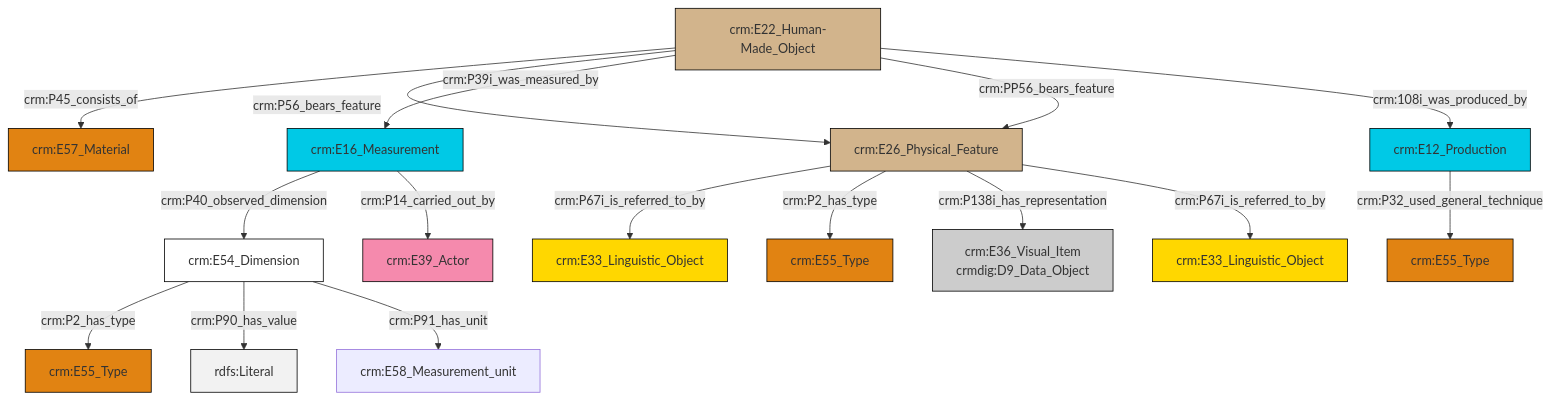
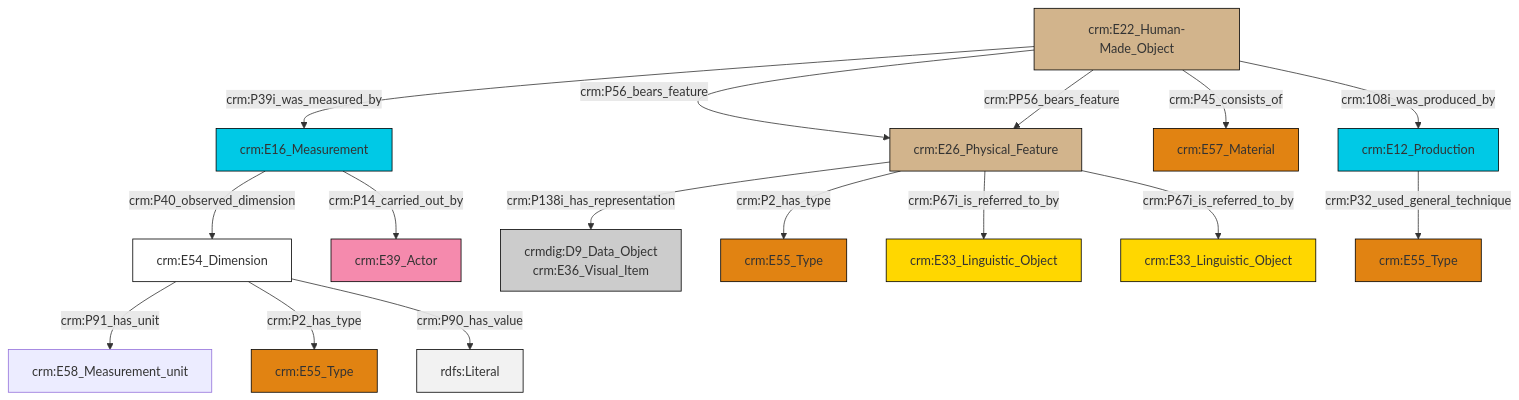
The diagram in et/carrierCSV/ttl/mmd/carrier_substance.ttl.mmd (swiss-art-research-net/docs.swissartresearch), drawn with Mermaid before and after one commit. The commit also changed 176 other files, not shown here.

```diff
--- a/et/carrierCSV/ttl/mmd/carrier_substance.ttl.mmd
+++ b/et/carrierCSV/ttl/mmd/carrier_substance.ttl.mmd
@@ -1,30 +1,30 @@
 graph TD
 classDef Literal fill:#f2f2f2,stroke:#000000;
 classDef CRM_Entity fill:#FFFFFF,stroke:#000000;
 classDef Temporal_Entity fill:#00C9E6, stroke:#000000;
 classDef Type fill:#E18312, stroke:#000000;
 classDef Time-Span fill:#2C9C91, stroke:#000000;
 classDef Appellation fill:#FFEB7F, stroke:#000000;
 classDef Place fill:#008836, stroke:#000000;
 classDef Persistent_Item fill:#B266B2, stroke:#000000;
 classDef Conceptual_Object fill:#FFD700, stroke:#000000;
 classDef Physical_Thing fill:#D2B48C, stroke:#000000;
 classDef Actor fill:#f58aad, stroke:#000000;
 classDef PC_Classes fill:#4ce600, stroke:#000000;
 classDef Multi fill:#cccccc,stroke:#000000;
 
-2["crm:E16_Measurement"]:::Temporal_Entity -->|crm:P40_observed_dimension| 4["crm:E54_Dimension"]:::CRM_Entity
-2["crm:E16_Measurement"]:::Temporal_Entity -->|crm:P14_carried_out_by| 9["crm:E39_Actor"]:::Actor
-4["crm:E54_Dimension"]:::CRM_Entity -->|crm:P2_has_type| 10["crm:E55_Type"]:::Type
-13["crm:E22_Human-Made_Object"]:::Physical_Thing -->|crm:P45_consists_of| 14["crm:E57_Material"]:::Type
-15["crm:E26_Physical_Feature"]:::Physical_Thing -->|crm:P67i_is_referred_to_by| 0["crm:E33_Linguistic_Object"]:::Conceptual_Object
-13["crm:E22_Human-Made_Object"]:::Physical_Thing -->|crm:P56_bears_feature| 15["crm:E26_Physical_Feature"]:::Physical_Thing
-13["crm:E22_Human-Made_Object"]:::Physical_Thing -->|crm:P39i_was_measured_by| 2["crm:E16_Measurement"]:::Temporal_Entity
-15["crm:E26_Physical_Feature"]:::Physical_Thing -->|crm:P2_has_type| 20["crm:E55_Type"]:::Type
-15["crm:E26_Physical_Feature"]:::Physical_Thing -->|crm:P138i_has_representation| 5["crm:E36_Visual_Item<br>crmdig:D9_Data_Object"]:::Multi
-15["crm:E26_Physical_Feature"]:::Physical_Thing -->|crm:P67i_is_referred_to_by| 23["crm:E33_Linguistic_Object"]:::Conceptual_Object
-4["crm:E54_Dimension"]:::CRM_Entity -->|crm:P90_has_value| 24[rdfs:Literal]:::Literal
-16["crm:E12_Production"]:::Temporal_Entity -->|crm:P32_used_general_technique| 27["crm:E55_Type"]:::Type
-4["crm:E54_Dimension"]:::CRM_Entity -->|crm:P91_has_unit| 7["crm:E58_Measurement_unit"]:::Default
-13["crm:E22_Human-Made_Object"]:::Physical_Thing -->|crm:PP56_bears_feature| 15["crm:E26_Physical_Feature"]:::Physical_Thing
-13["crm:E22_Human-Made_Object"]:::Physical_Thing -->|crm:108i_was_produced_by| 16["crm:E12_Production"]:::Temporal_Entity
+0["crm:E22_Human-Made_Object"]:::Physical_Thing -->|crm:P39i_was_measured_by| 1["crm:E16_Measurement"]:::Temporal_Entity
+3["crm:E26_Physical_Feature"]:::Physical_Thing -->|crm:P138i_has_representation| 4["crmdig:D9_Data_Object<br>crm:E36_Visual_Item"]:::Multi
+0["crm:E22_Human-Made_Object"]:::Physical_Thing -->|crm:P56_bears_feature| 3["crm:E26_Physical_Feature"]:::Physical_Thing
+0["crm:E22_Human-Made_Object"]:::Physical_Thing -->|crm:PP56_bears_feature| 3["crm:E26_Physical_Feature"]:::Physical_Thing
+5["crm:E54_Dimension"]:::CRM_Entity -->|crm:P91_has_unit| 6["crm:E58_Measurement_unit"]:::Default
+9["crm:E12_Production"]:::Temporal_Entity -->|crm:P32_used_general_technique| 10["crm:E55_Type"]:::Type
+0["crm:E22_Human-Made_Object"]:::Physical_Thing -->|crm:P45_consists_of| 11["crm:E57_Material"]:::Type
+3["crm:E26_Physical_Feature"]:::Physical_Thing -->|crm:P2_has_type| 12["crm:E55_Type"]:::Type
+5["crm:E54_Dimension"]:::CRM_Entity -->|crm:P2_has_type| 19["crm:E55_Type"]:::Type
+1["crm:E16_Measurement"]:::Temporal_Entity -->|crm:P40_observed_dimension| 5["crm:E54_Dimension"]:::CRM_Entity
+3["crm:E26_Physical_Feature"]:::Physical_Thing -->|crm:P67i_is_referred_to_by| 22["crm:E33_Linguistic_Object"]:::Conceptual_Object
+5["crm:E54_Dimension"]:::CRM_Entity -->|crm:P90_has_value| 23[rdfs:Literal]:::Literal
+3["crm:E26_Physical_Feature"]:::Physical_Thing -->|crm:P67i_is_referred_to_by| 15["crm:E33_Linguistic_Object"]:::Conceptual_Object
+1["crm:E16_Measurement"]:::Temporal_Entity -->|crm:P14_carried_out_by| 7["crm:E39_Actor"]:::Actor
+0["crm:E22_Human-Made_Object"]:::Physical_Thing -->|crm:108i_was_produced_by| 9["crm:E12_Production"]:::Temporal_Entity
```
